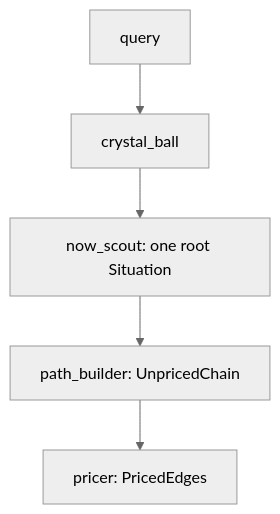
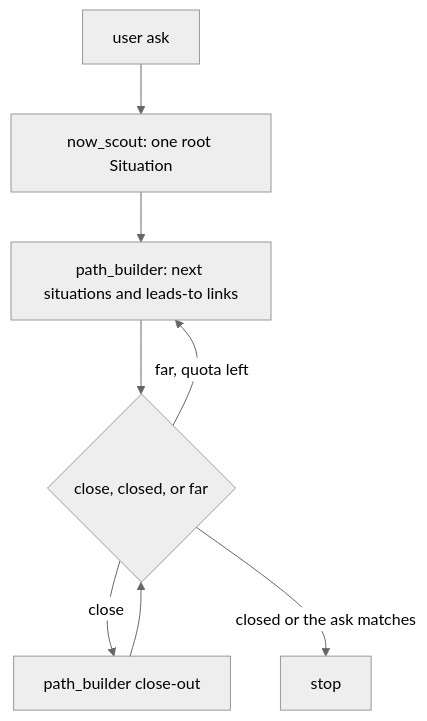
One commit to tcw165/cs_fundation changed the diagram in take_home/causal_chains/agents/agents/README.md. Above: the diagram before and after it, drawn with Mermaid (neutral theme). The commit also changed other lines of this file and 12 other files, not shown here.

Commit message:
[feat] discover the chain until it closes or the quota runs out

````diff
--- a/take_home/causal_chains/agents/agents/README.md
+++ b/take_home/causal_chains/agents/agents/README.md
@@ -5,12 +5,16 @@
 ```mermaid
 flowchart TD
-  inputNode["query"]
-  crystalBall["crystal_ball"]
+  inputNode["user ask"]
   nowScout["now_scout: one root Situation"]
-  pathBuilder["path_builder: UnpricedChain"]
-  pricer["pricer: PricedEdges"]
-  inputNode --> crystalBall
-  crystalBall --> nowScout
+  pathBuilder["path_builder: next situations and leads-to links"]
+  decide{"close, closed, or far"}
+  closeOut["path_builder close-out"]
+  stopNode["stop"]
+  inputNode --> nowScout
   nowScout --> pathBuilder
-  pathBuilder --> pricer
+  pathBuilder --> decide
+  decide -->|"close"| closeOut
+  decide -->|"closed or the ask matches"| stopNode
+  decide -->|"far, quota left"| pathBuilder
+  closeOut --> decide
 ```
````
